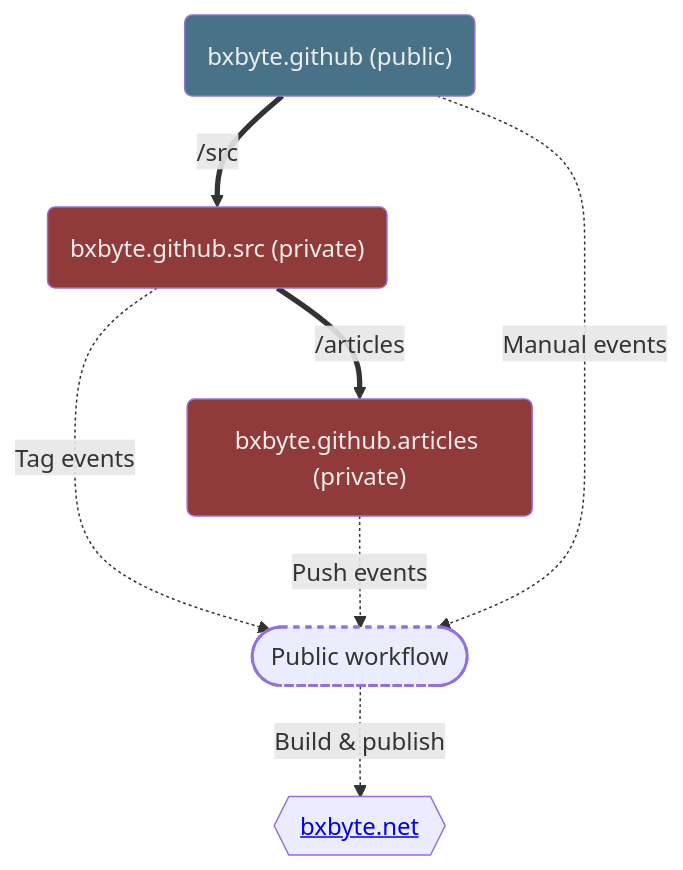
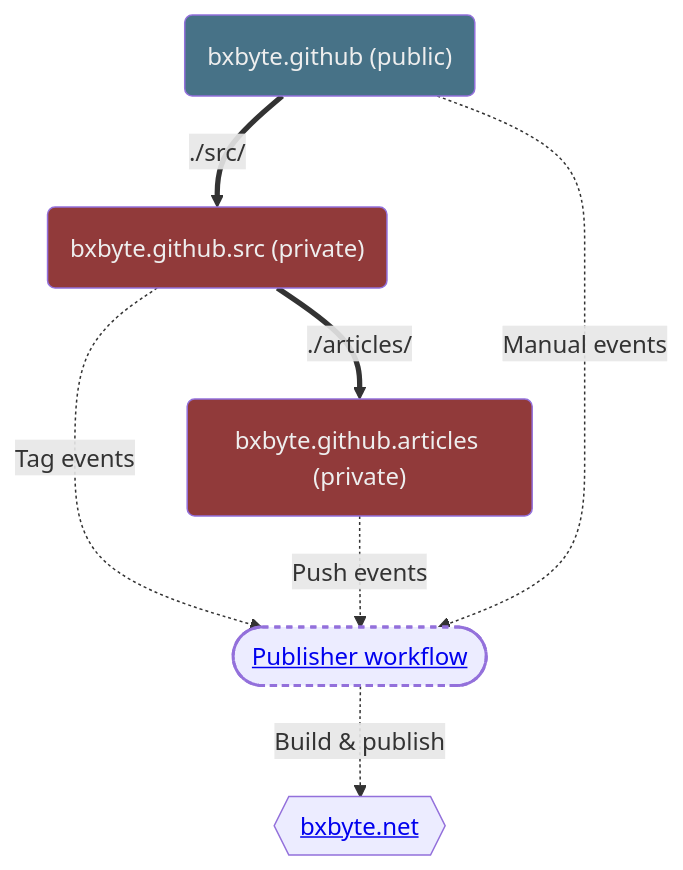
The diagram in README.md (bxbyte/bxbyte.github.io), drawn with Mermaid before and after one commit.

Commit message:
Upgrading content

````diff
--- a/README.md
+++ b/README.md
@@ -5,24 +5,24 @@
 ```mermaid
 graph
     classDef publicRepo fill:#477287,color:#eee;
     classDef privateRepo fill:#913a3a,color:#eee;
 
     public("bxbyte.github (public)"):::publicRepo
     src("bxbyte.github.src (private)"):::privateRepo
     articles("bxbyte.github.articles (private)"):::privateRepo
 
-    worflow(["Public workflow"])
+    worflow([<a href="./.github/workflows/publish.yml">Publisher workflow</a>])
 
-    website{{"<a href="https://bxbyte.net"> bxbyte.net</a>"}}
+    website{{<a href="https://bxbyte.net"> bxbyte.net</a>}}
     style worflow stroke-dasharray: 4,stroke-width:2
 
-    public  == /src ==> src
-    src  == /articles ==> articles
+    public  == ./src/ ==> src
+    src  == ./articles/ ==> articles
 
     src  -. Tag events .-> worflow
     articles -. Push events .-> worflow
 
     public -. Manual events .-> worflow
 
     worflow -. Build & publish .-> website
 ```
````
